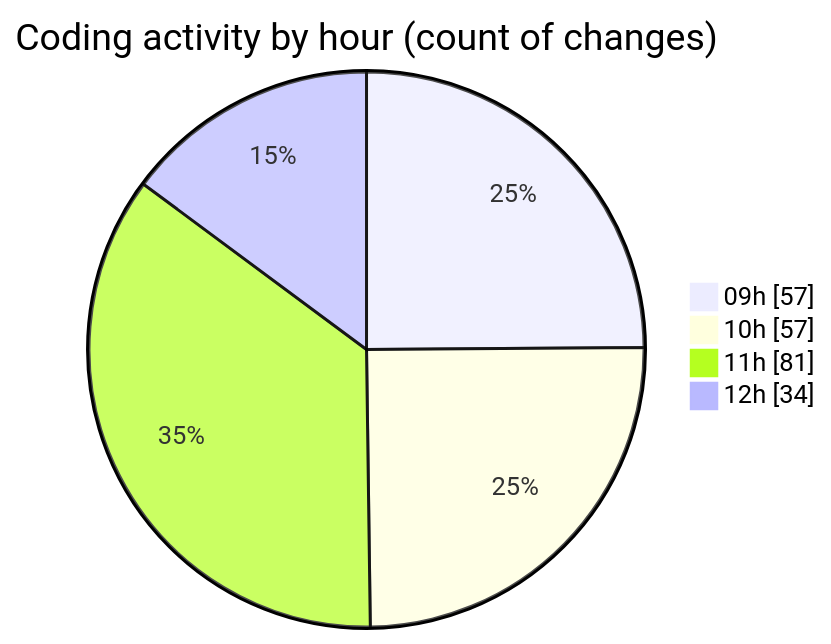
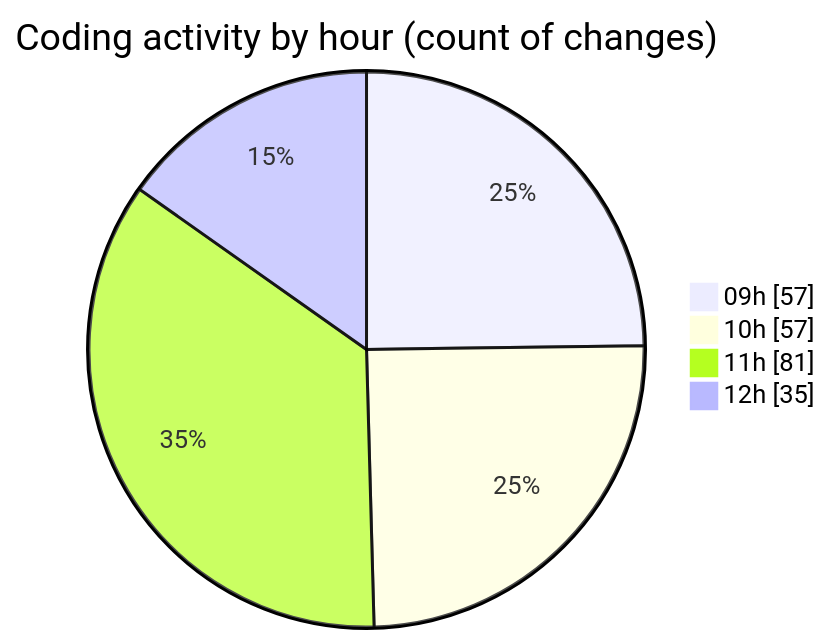
One commit to momahboobian/code-tracking changed the second of 2 diagrams in 2025-09-19/cda/README.md. Above: the diagram before and after it, drawn with Mermaid. The commit also changed other lines of this file and 1 other file, not shown here.

````diff
--- a/2025-09-19/cda/README.md
+++ b/2025-09-19/cda/README.md
@@ -30,8 +31,8 @@
 ```mermaid
 pie showData
 title Coding activity by hour (count of changes)
 "09h" : 57
 "10h" : 57
 "11h" : 81
-"12h" : 34
+"12h" : 35
 ```
````
